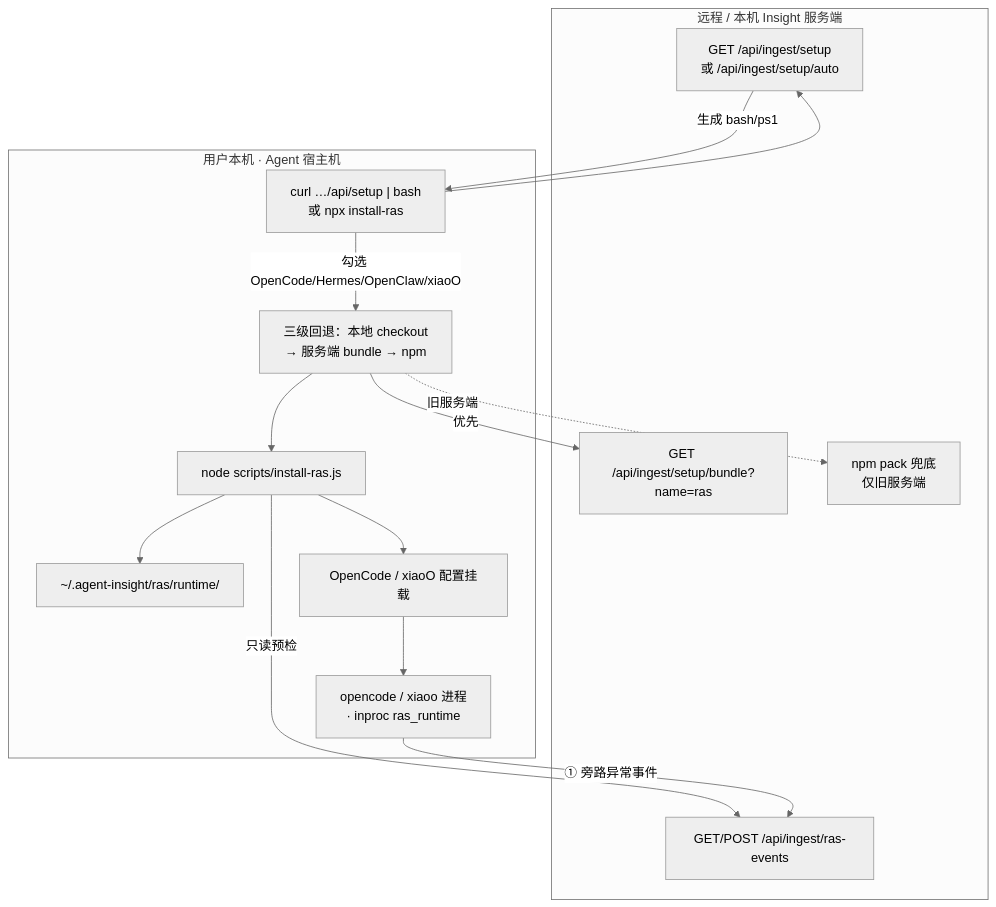
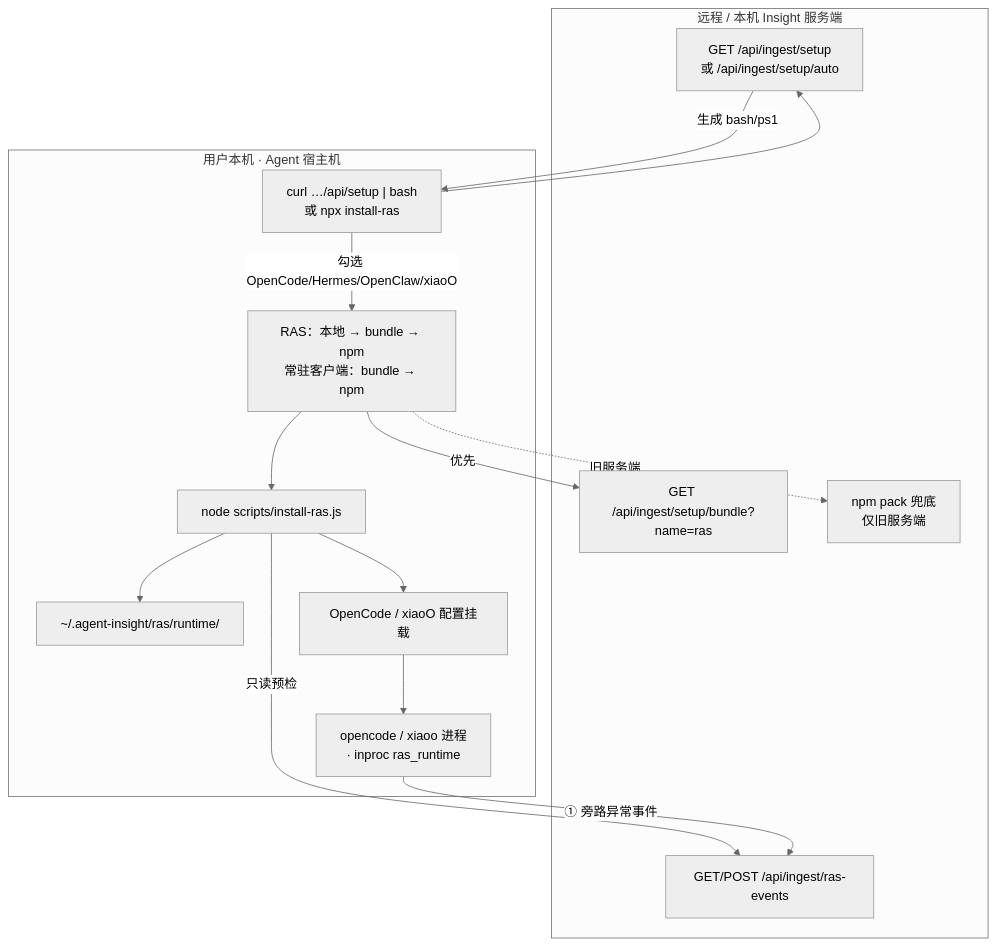
Before and after one commit to openeuler-mirror/agent-insight: the first of 4 diagrams in docs/agent-ras/guides/local-install-process.md, drawn with Mermaid (neutral theme). The commit also changed other lines of this file and 21 other files, not shown here.

````diff
--- a/docs/agent-ras/guides/local-install-process.md
+++ b/docs/agent-ras/guides/local-install-process.md
@@ -14,28 +14,28 @@
 ```mermaid
 flowchart TB
   subgraph remote ["远程 / 本机 Insight 服务端"]
     SetupAPI["GET /api/ingest/setup<br/>或 /api/ingest/setup/auto"]
     BundleAPI["GET /api/ingest/setup/bundle?name=ras"]
     RasEvents["GET/POST /api/ingest/ras-events"]
     NpmPkg["npm pack 兜底<br/>仅旧服务端"]
   end
   subgraph userHost ["用户本机 · Agent 宿主机"]
     Curl["curl …/api/setup | bash<br/>或 npx install-ras"]
-    Fallback["三级回退：本地 checkout<br/>→ 服务端 bundle → npm"]
+    Fallback["RAS：本地 → bundle → npm<br/>常驻客户端：bundle → npm"]
     Installer["node scripts/install-ras.js"]
     Runtime["~/.agent-insight/ras/runtime/"]
     HostCfg["OpenCode / xiaoO 配置挂载"]
     AgentProc["opencode / xiaoo 进程<br/>· inproc ras_runtime"]
   end
   Curl --> SetupAPI
   SetupAPI -->|"生成 bash/ps1"| Curl
   Curl -->|"勾选 OpenCode/Hermes/OpenClaw/xiaoO"| Fallback
   Fallback -->|"优先"| BundleAPI
   Fallback -.->|"旧服务端"| NpmPkg
   Fallback --> Installer
   Installer --> Runtime
   Installer --> HostCfg
   Installer -->|"只读预检"| RasEvents
   HostCfg --> AgentProc
   AgentProc -->|"① 旁路异常事件"| RasEvents
 ```
````
